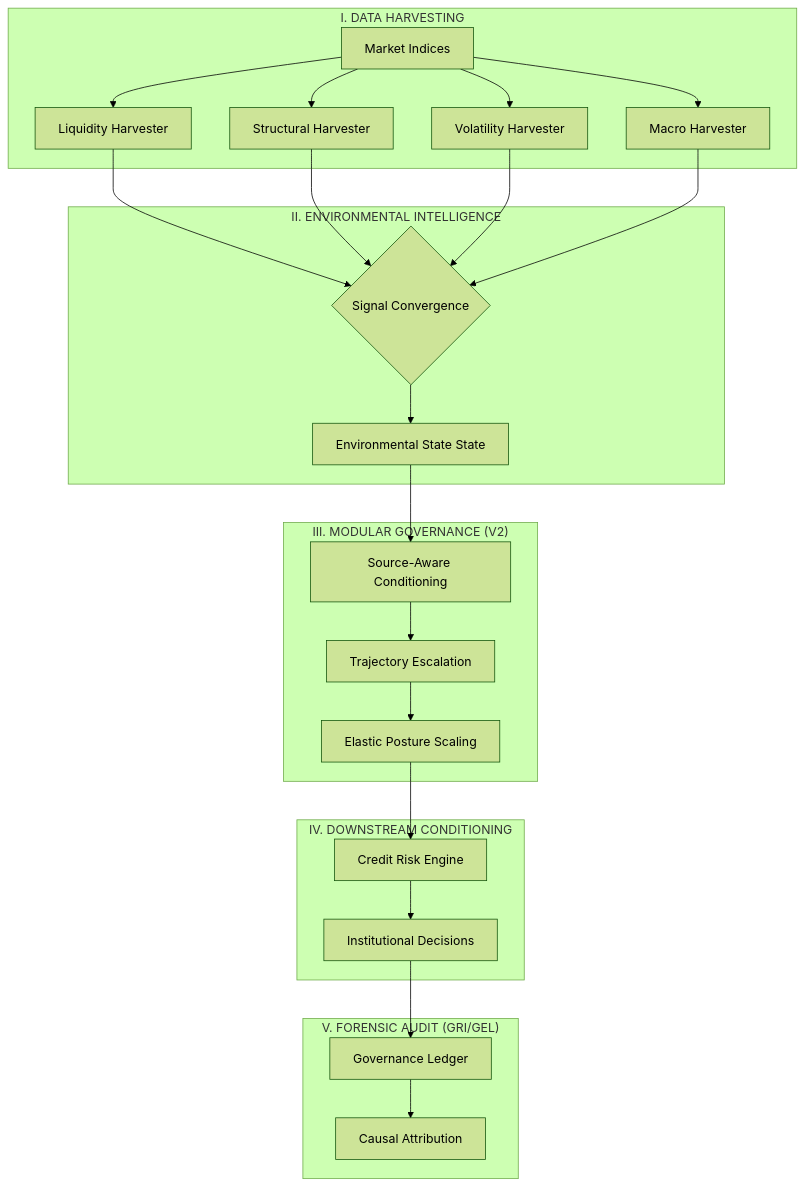
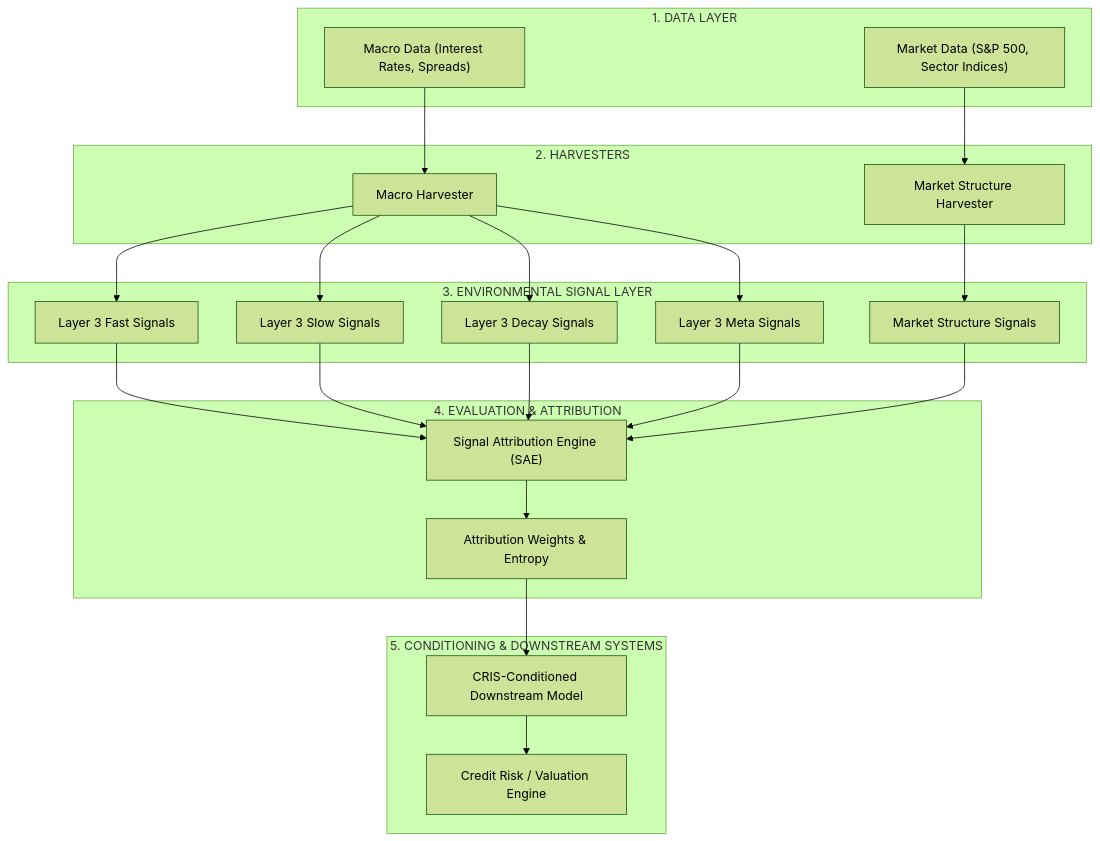
The diagram in README.md (sharansh-22/CRIS), drawn with Mermaid (forest theme) before and after one commit. The commit also changed other lines of this file and 134 other files, not shown here.

First line of the commit message:
CRIS v1.0 — Validated Environmental Intelligence Framework

````diff
--- a/README.md
+++ b/README.md
@@ -28,30 +42,39 @@
 ```mermaid
 graph TD
-    subgraph "I. DATA HARVESTING"
-        A[Market Indices] --> H1[Liquidity Harvester]
-        A --> H2[Structural Harvester]
-        A --> H3[Volatility Harvester]
-        A --> H4[Macro Harvester]
+    subgraph "1. DATA LAYER"
+        A1["Market Data (S&P 500, Sector Indices)"]
+        A2["Macro Data (Interest Rates, Spreads)"]
     end
 
-    subgraph "II. ENVIRONMENTAL INTELLIGENCE"
-        H1 & H2 & H3 & H4 --> B{Signal Convergence}
-        B --> C[Environmental State State]
+    subgraph "2. HARVESTERS"
+        B1["Market Structure Harvester"]
+        B2["Macro Harvester"]
     end
 
-    subgraph "III. MODULAR GOVERNANCE (V2)"
-        C --> D[Source-Aware Conditioning]
-        D --> E[Trajectory Escalation]
-        E --> F[Elastic Posture Scaling]
+    subgraph "3. ENVIRONMENTAL SIGNAL LAYER"
+        C1["Layer 3 Fast Signals"]
+        C2["Layer 3 Slow Signals"]
+        C3["Layer 3 Decay Signals"]
+        C4["Layer 3 Meta Signals"]
+        C5["Market Structure Signals"]
     end
 
-    subgraph "IV. DOWNSTREAM CONDITIONING"
-        F --> G[Credit Risk Engine]
-        G --> H[Institutional Decisions]
+    subgraph "4. EVALUATION & ATTRIBUTION"
+        D1["Signal Attribution Engine (SAE)"]
+        D2["Attribution Weights & Entropy"]
     end
 
-    subgraph "V. FORENSIC AUDIT (GRI/GEL)"
-        H --> I[Governance Ledger]
-        I --> J[Causal Attribution]
+    subgraph "5. CONDITIONING & DOWNSTREAM SYSTEMS"
+        E1["CRIS-Conditioned Downstream Model"]
+        E2["Credit Risk / Valuation Engine"]
     end
+
+    A1 --> B1
+    A2 --> B2
+    B1 --> C5
+    B2 --> C1 & C2 & C3 & C4
+    C1 & C2 & C3 & C4 & C5 --> D1
+    D1 --> D2
+    D2 --> E1
+    E1 --> E2
 ```
````
